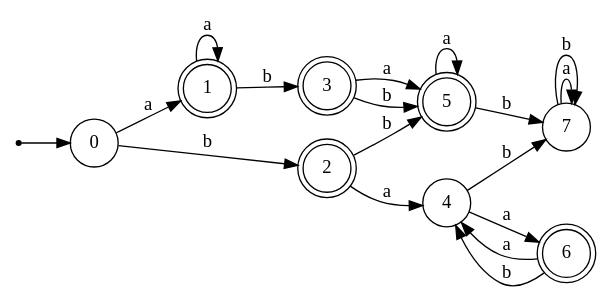
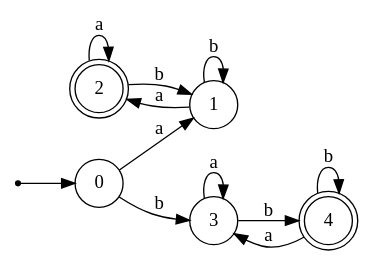
The diagram in resultat.gv (JennyNg943/TheorieLangage), drawn with Graphviz before and after one commit. The commit also changed 5 other files, not shown here.

```diff
--- a/resultat.gv
+++ b/resultat.gv
@@ -1,28 +1,22 @@
 digraph finite_state_machine {
 	rankdir=LR;
   	size="10,10"
 
-	node [shape = doublecircle]; 1 2 3 5 6 ;
+	node [shape = doublecircle]; 2 4 ;
 	node [shape = point ]; q;
 	node [shape = circle]; 
 
 	q -> 0;
 	0 -> 1 [label = "a"];
-	0 -> 2 [label = "b"];
-	1 -> 1 [label = "a"];
-	1 -> 3 [label = "b"];
-	2 -> 4 [label = "a"];
-	2 -> 5 [label = "b"];
-	3 -> 5 [label = "a"];
-	3 -> 5 [label = "b"];
-	4 -> 6 [label = "a"];
-	4 -> 7 [label = "b"];
-	5 -> 5 [label = "a"];
-	5 -> 7 [label = "b"];
-	6 -> 4 [label = "a"];
-	6 -> 4 [label = "b"];
-	7 -> 7 [label = "a"];
-	7 -> 7 [label = "b"];
+	0 -> 3 [label = "b"];
+	1 -> 2 [label = "a"];
+	1 -> 1 [label = "b"];
+	2 -> 2 [label = "a"];
+	2 -> 1 [label = "b"];
+	3 -> 3 [label = "a"];
+	3 -> 4 [label = "b"];
+	4 -> 3 [label = "a"];
+	4 -> 4 [label = "b"];
 
 
 }
```
